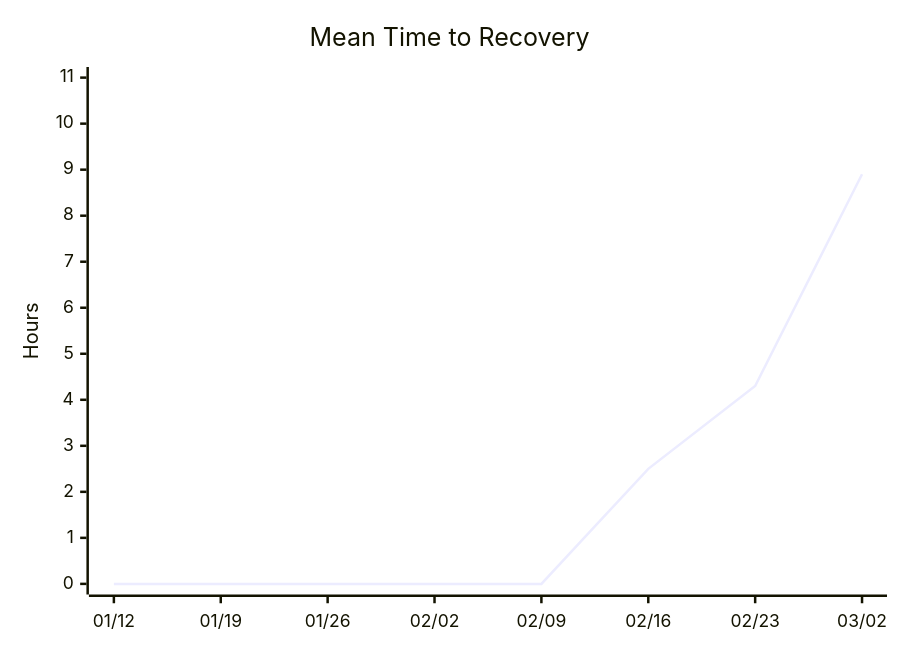
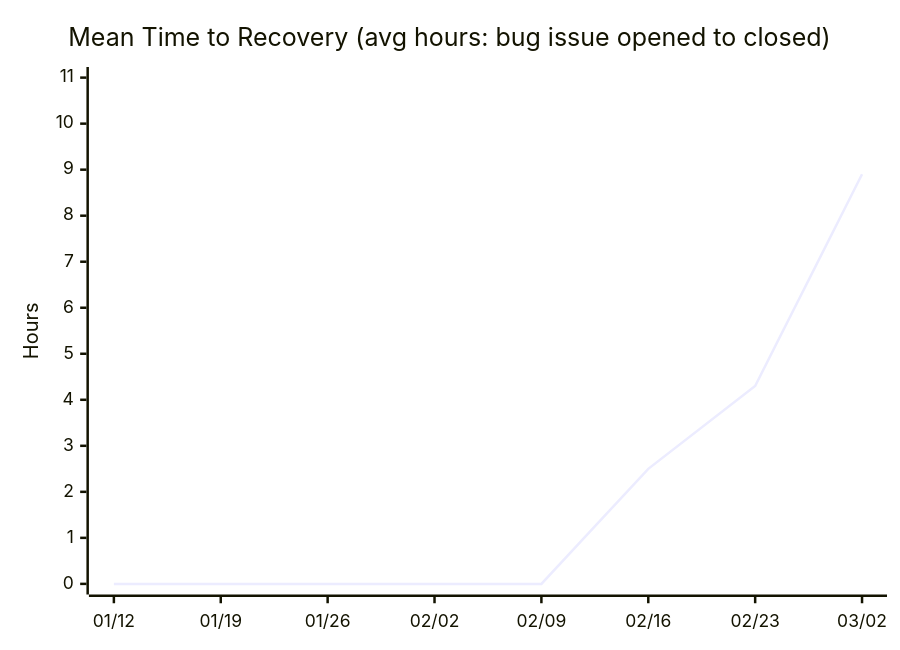
The fifth of 14 diagrams in docs/metrics.md (nablarch/nabledge-dev), drawn with Mermaid before and after one commit. The commit also changed other lines of this file and 4 other files, not shown here.

First line of the commit message:
feat: overhaul metrics output with charts, fix SLOC to v6 only, add label guidelines

````diff
--- a/docs/metrics.md
+++ b/docs/metrics.md
@@ -48,7 +50,7 @@
 ```mermaid
 xychart-beta
-  title "Mean Time to Recovery"
+  title "Mean Time to Recovery (avg hours: bug issue opened to closed)"
   x-axis ["01/12", "01/19", "01/26", "02/02", "02/09", "02/16", "02/23", "03/02"]
   y-axis "Hours" 0 --> 11
   line [0, 0, 0, 0, 0, 2.5, 4.3, 8.9]
 ```
````
